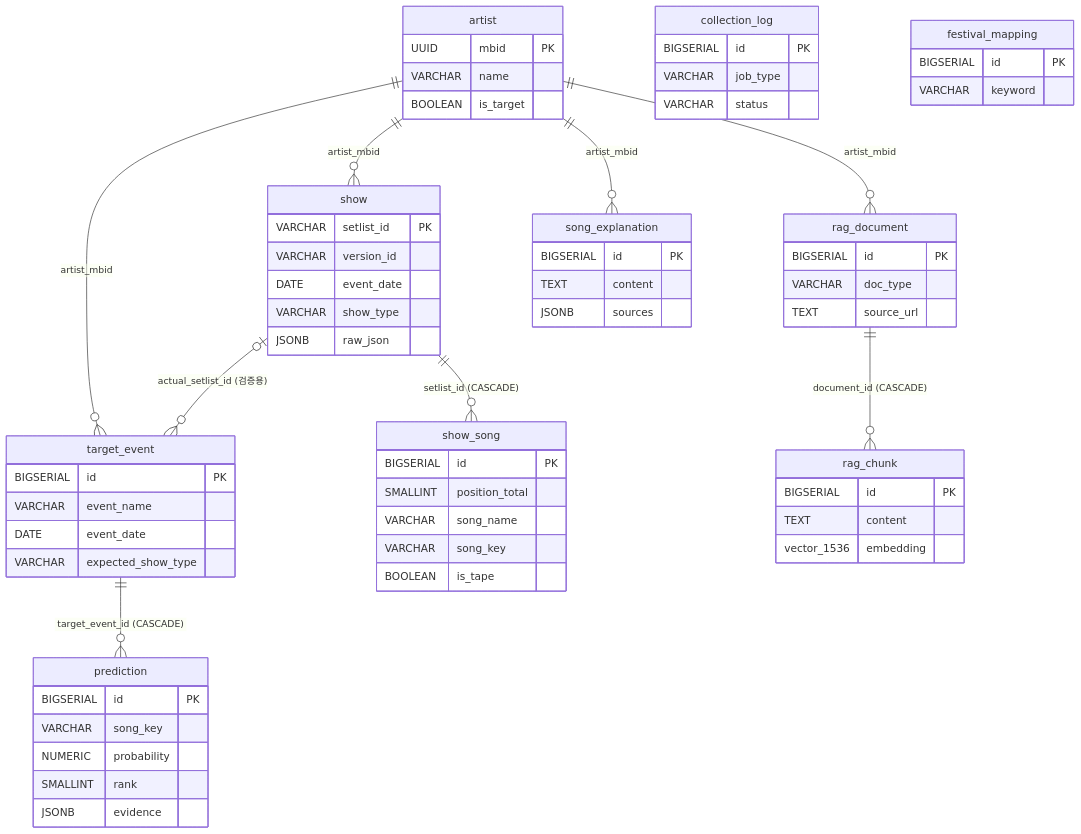
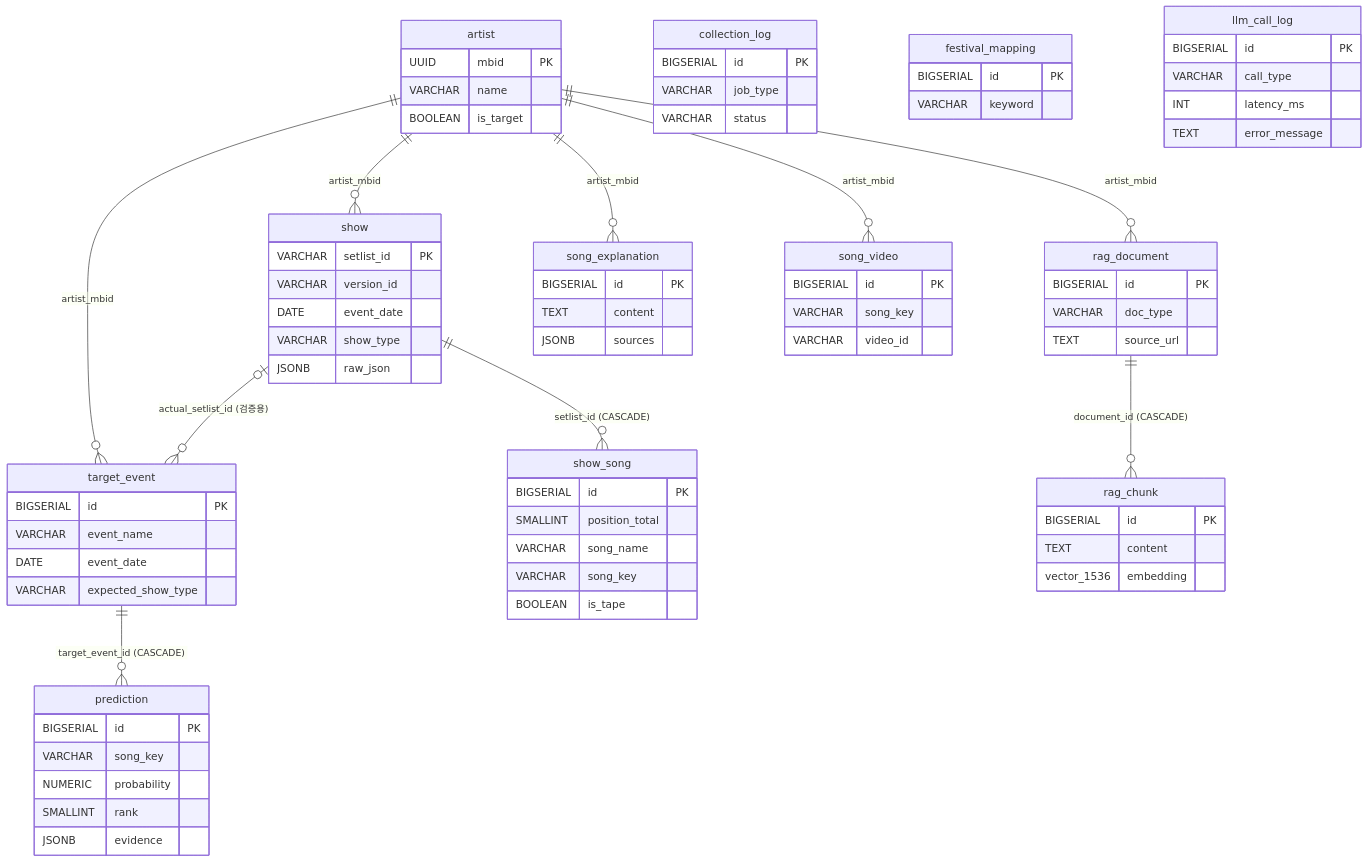
Before and after one commit to zombiecapitalism/soundcheck: the diagram in docs/design/table-spec.md, drawn with Mermaid. The commit also changed other lines of this file and 11 other files, not shown here.

````diff
--- a/docs/design/table-spec.md
+++ b/docs/design/table-spec.md
@@ -26,68 +26,80 @@
 ```mermaid
 erDiagram
     artist ||--o{ show : "artist_mbid"
     artist ||--o{ target_event : "artist_mbid"
     artist ||--o{ rag_document : "artist_mbid"
     artist ||--o{ song_explanation : "artist_mbid"
+    artist ||--o{ song_video : "artist_mbid"
     show ||--o{ show_song : "setlist_id (CASCADE)"
     show |o--o{ target_event : "actual_setlist_id (검증용)"
     target_event ||--o{ prediction : "target_event_id (CASCADE)"
     rag_document ||--o{ rag_chunk : "document_id (CASCADE)"
 
     artist {
         UUID mbid PK
         VARCHAR name
         BOOLEAN is_target
     }
     show {
         VARCHAR setlist_id PK
         VARCHAR version_id
         DATE event_date
         VARCHAR show_type
         JSONB raw_json
     }
     show_song {
         BIGSERIAL id PK
         SMALLINT position_total
         VARCHAR song_name
         VARCHAR song_key
         BOOLEAN is_tape
     }
     target_event {
         BIGSERIAL id PK
         VARCHAR event_name
         DATE event_date
         VARCHAR expected_show_type
     }
     prediction {
         BIGSERIAL id PK
         VARCHAR song_key
         NUMERIC probability
         SMALLINT rank
         JSONB evidence
     }
     collection_log {
         BIGSERIAL id PK
         VARCHAR job_type
         VARCHAR status
     }
     festival_mapping {
         BIGSERIAL id PK
         VARCHAR keyword
     }
     rag_document {
         BIGSERIAL id PK
         VARCHAR doc_type
         TEXT source_url
     }
     rag_chunk {
         BIGSERIAL id PK
         TEXT content
         vector_1536 embedding
     }
     song_explanation {
         BIGSERIAL id PK
         TEXT content
         JSONB sources
     }
+    llm_call_log {
+        BIGSERIAL id PK
+        VARCHAR call_type
+        INT latency_ms
+        TEXT error_message
+    }
+    song_video {
+        BIGSERIAL id PK
+        VARCHAR song_key
+        VARCHAR video_id
+    }
 ```
````
